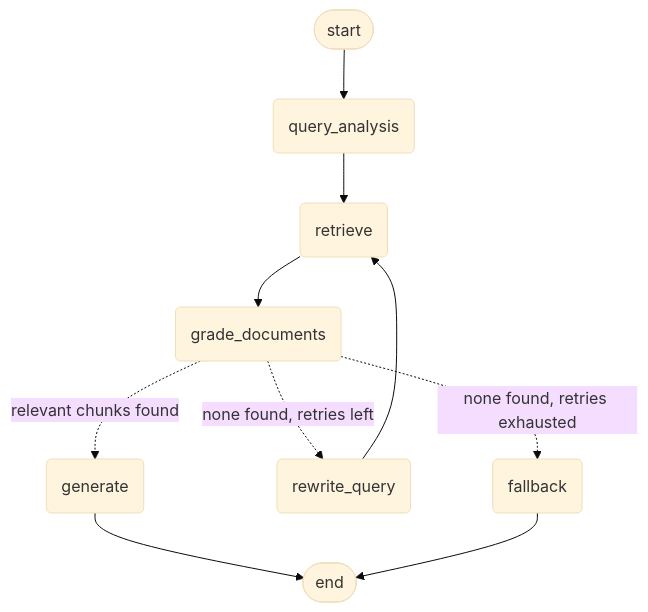
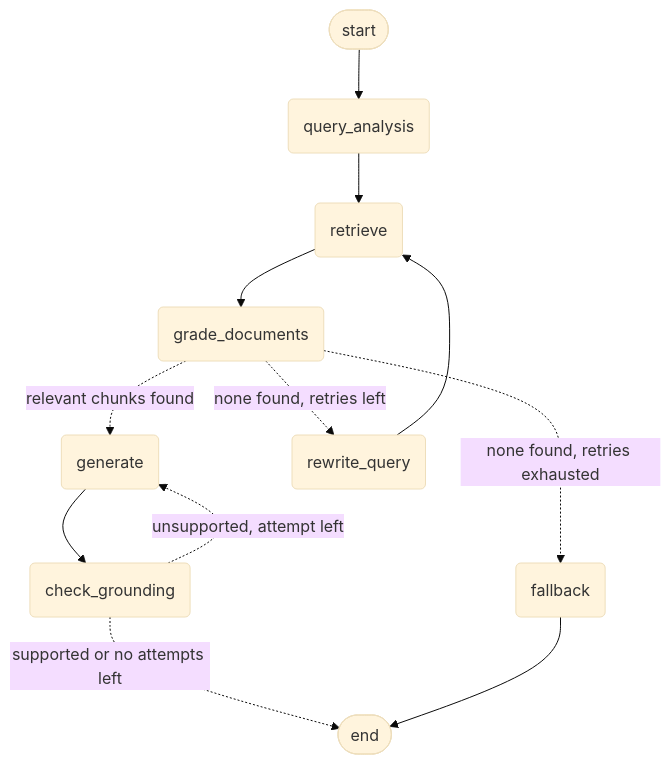
One commit to Manjushri1234/rag-assistant changed the diagram in README.md. Above: the diagram before and after it, drawn with Mermaid (base theme). The commit also changed other lines of this file and 5 other files, not shown here.

Commit message:
Update README with grounding check, examples and limitations

````diff
--- a/README.md
+++ b/README.md
@@ -20,12 +21,14 @@
 ```mermaid
 graph TD;
-    __start__([start]) --> query_analysis(query_analysis)
+    start([start]) --> query_analysis(query_analysis)
     query_analysis --> retrieve(retrieve)
     retrieve --> grade_documents(grade_documents)
     grade_documents -.relevant chunks found.-> generate(generate)
     grade_documents -.none found, retries left.-> rewrite_query(rewrite_query)
     grade_documents -.none found, retries exhausted.-> fallback(fallback)
     rewrite_query --> retrieve
-    generate --> __end__([end])
-    fallback --> __end__
+    generate --> check_grounding(check_grounding)
+    check_grounding -.supported or no attempts left.-> finish([end])
+    check_grounding -.unsupported, attempt left.-> generate
+    fallback --> finish
 ```
````
